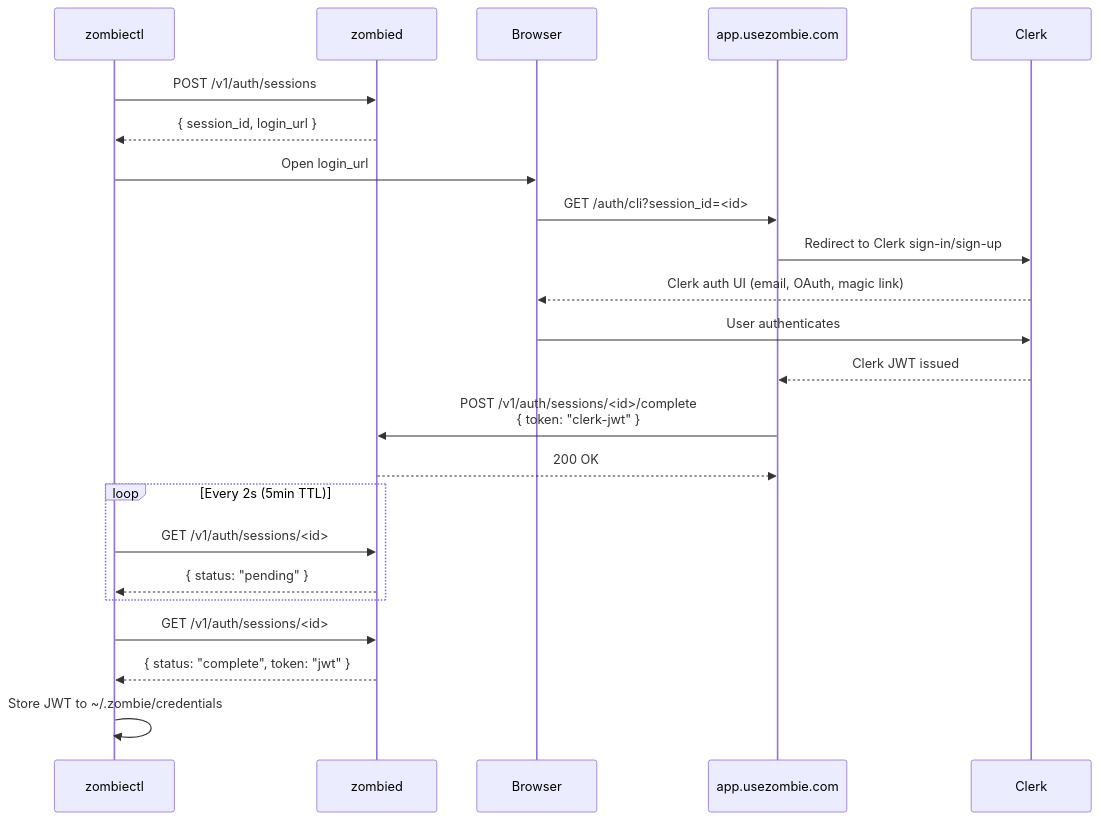
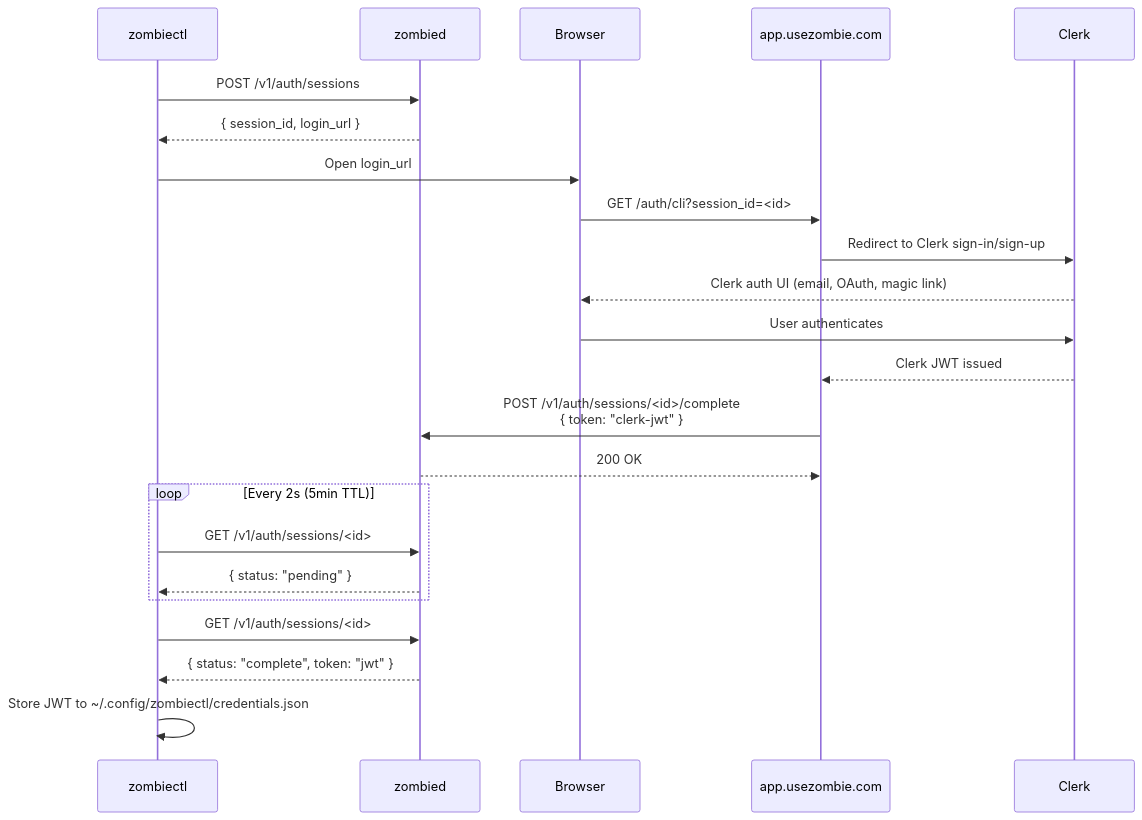
One commit to usezombie/usezombie changed the second of 3 diagrams in docs/security/CLERK.md. Above: the diagram before and after it, drawn with Mermaid. The commit also changed 34 other files, not shown here.

Commit message:
feat(zombiectl): bundle posthog key and move cli state

````diff
--- a/docs/security/CLERK.md
+++ b/docs/security/CLERK.md
@@ -63,29 +63,29 @@
 ```mermaid
 sequenceDiagram
     participant CLI as zombiectl
     participant Z as zombied
     participant B as Browser
     participant W as app.usezombie.com
     participant CL as Clerk
 
     CLI->>Z: POST /v1/auth/sessions
     Z-->>CLI: { session_id, login_url }
 
     CLI->>B: Open login_url
     B->>W: GET /auth/cli?session_id=<id>
     W->>CL: Redirect to Clerk sign-in/sign-up
     CL-->>B: Clerk auth UI (email, OAuth, magic link)
     B->>CL: User authenticates
     CL-->>W: Clerk JWT issued
     W->>Z: POST /v1/auth/sessions/<id>/complete<br/>{ token: "clerk-jwt" }
     Z-->>W: 200 OK
 
     loop Every 2s (5min TTL)
         CLI->>Z: GET /v1/auth/sessions/<id>
         Z-->>CLI: { status: "pending" }
     end
     CLI->>Z: GET /v1/auth/sessions/<id>
     Z-->>CLI: { status: "complete", token: "jwt" }
 
-    CLI->>CLI: Store JWT to ~/.zombie/credentials
+    CLI->>CLI: Store JWT to ~/.config/zombiectl/credentials.json
 ```
````
